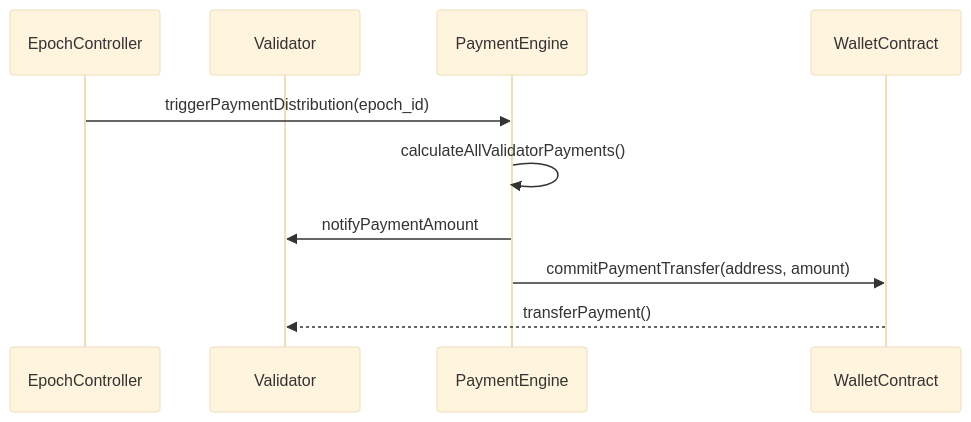
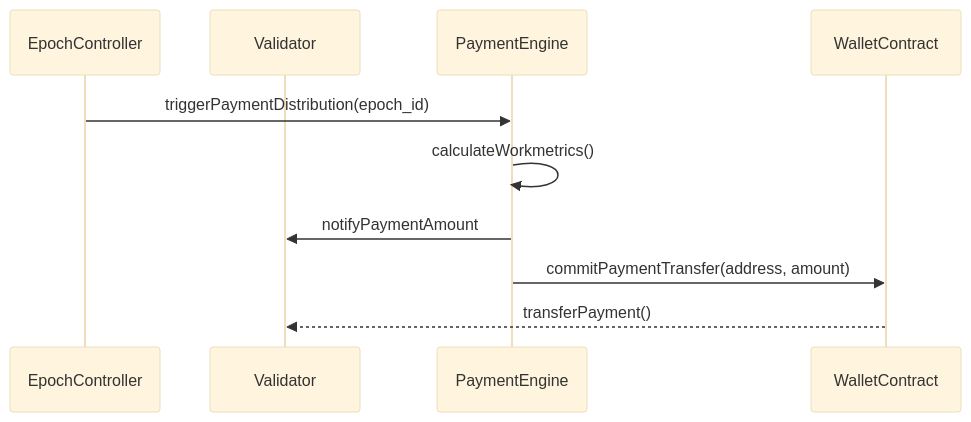
Before and after one commit to Aros-Technology-Studio/AST-Aros-Financial-Paradigm: the diagram in 11_validator_staking_and_payments/payment_distribution_engine.md, drawn with Mermaid (base theme). The commit also changed other lines of this file and 1 other file, not shown here.

````diff
--- a/11_validator_staking_and_payments/payment_distribution_engine.md
+++ b/11_validator_staking_and_payments/payment_distribution_engine.md
@@ -46,14 +48,14 @@
 ```mermaid
 sequenceDiagram
     participant E as EpochController
     participant V as Validator
     participant R as PaymentEngine
     participant W as WalletContract
 
     E->>R: triggerPaymentDistribution(epoch_id)
-    R->>R: calculateAllValidatorPayments()
+    R->>R: calculateWorkmetrics()
     R->>V: notifyPaymentAmount
     R->>W: commitPaymentTransfer(address, amount)
     W-->>V: transferPayment()
 
 ```
````
